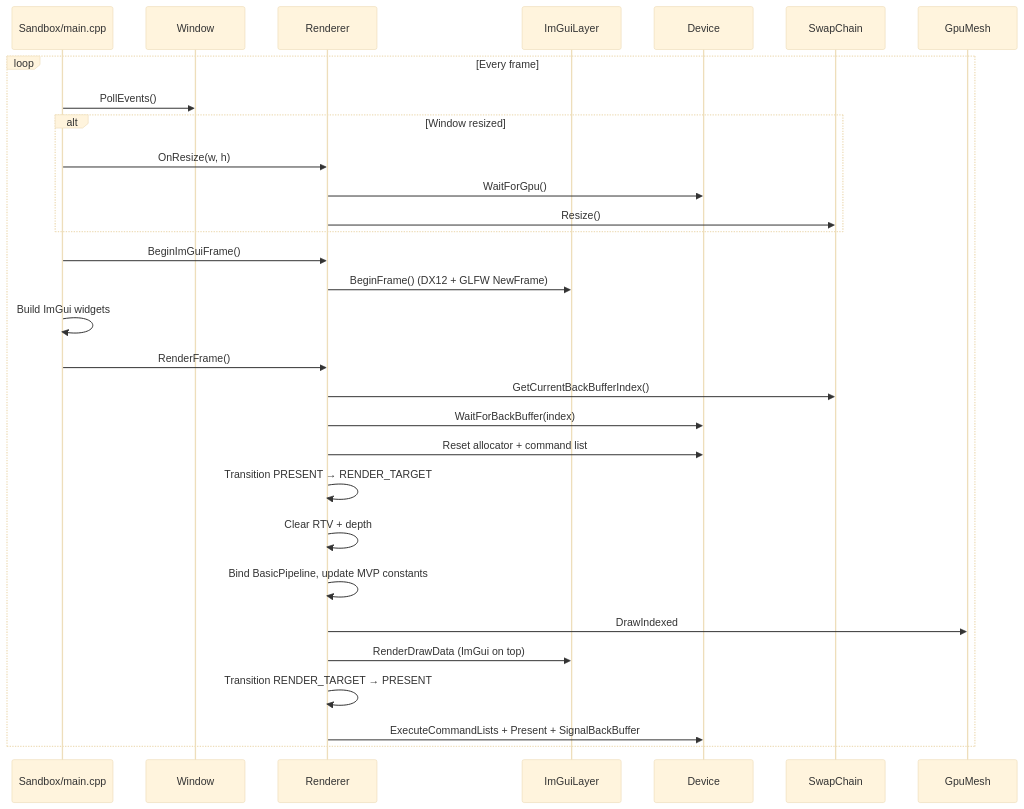
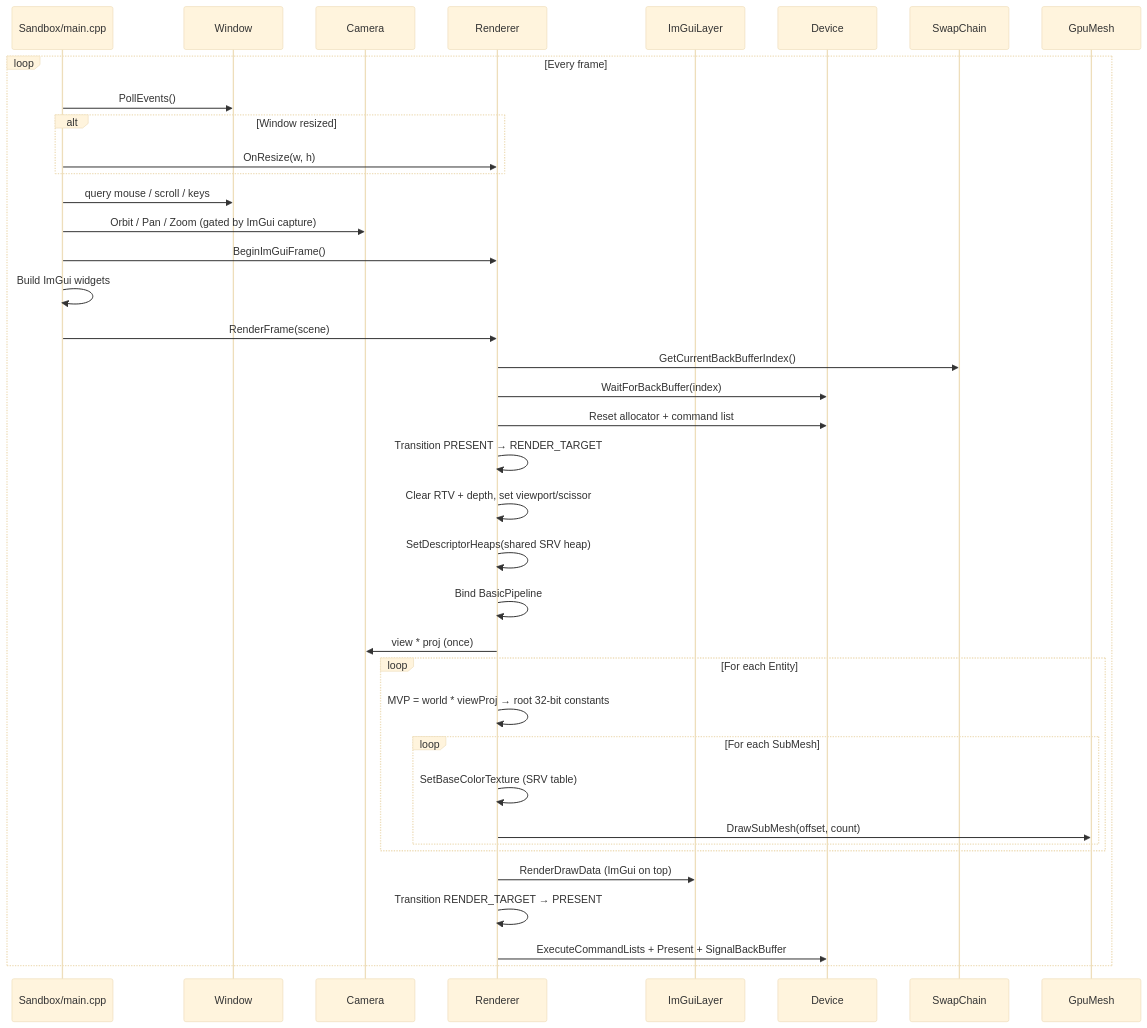
One commit to RomanovV/SummerEngine changed the second of 5 diagrams in docs/ARCHITECTURE.md. Above: the diagram before and after it, drawn with Mermaid (base theme). The commit also changed other lines of this file, not shown here.

Commit message:
Updating ARCHITECTURE.md with current diagrams and future steps

````diff
--- a/docs/ARCHITECTURE.md
+++ b/docs/ARCHITECTURE.md
@@ -133,34 +171,43 @@
 ```mermaid
 sequenceDiagram
     participant Main as Sandbox/main.cpp
     participant Win as Window
+    participant Cam as Camera
     participant Rnd as Renderer
     participant UI as ImGuiLayer
     participant Dev as Device
     participant SC as SwapChain
 
     loop Every frame
         Main->>Win: PollEvents()
         alt Window resized
             Main->>Rnd: OnResize(w, h)
-            Rnd->>Dev: WaitForGpu()
-            Rnd->>SC: Resize()
         end
 
+        Main->>Win: query mouse / scroll / keys
+        Main->>Cam: Orbit / Pan / Zoom (gated by ImGui capture)
+
         Main->>Rnd: BeginImGuiFrame()
-        Rnd->>UI: BeginFrame() (DX12 + GLFW NewFrame)
         Main->>Main: Build ImGui widgets
 
-        Main->>Rnd: RenderFrame()
+        Main->>Rnd: RenderFrame(scene)
         Rnd->>SC: GetCurrentBackBufferIndex()
         Rnd->>Dev: WaitForBackBuffer(index)
         Rnd->>Dev: Reset allocator + command list
         Rnd->>Rnd: Transition PRESENT → RENDER_TARGET
-        Rnd->>Rnd: Clear RTV + depth
-        Rnd->>Rnd: Bind BasicPipeline, update MVP constants
-        Rnd->>GpuMesh: DrawIndexed
+        Rnd->>Rnd: Clear RTV + depth, set viewport/scissor
+        Rnd->>Rnd: SetDescriptorHeaps(shared SRV heap)
+        Rnd->>Rnd: Bind BasicPipeline
+        Rnd->>Cam: view * proj (once)
+        loop For each Entity
+            Rnd->>Rnd: MVP = world * viewProj → root 32-bit constants
+            loop For each SubMesh
+                Rnd->>Rnd: SetBaseColorTexture (SRV table)
+                Rnd->>GpuMesh: DrawSubMesh(offset, count)
+            end
+        end
         Rnd->>UI: RenderDrawData (ImGui on top)
         Rnd->>Rnd: Transition RENDER_TARGET → PRESENT
         Rnd->>Dev: ExecuteCommandLists + Present + SignalBackBuffer
     end
 ```
````
